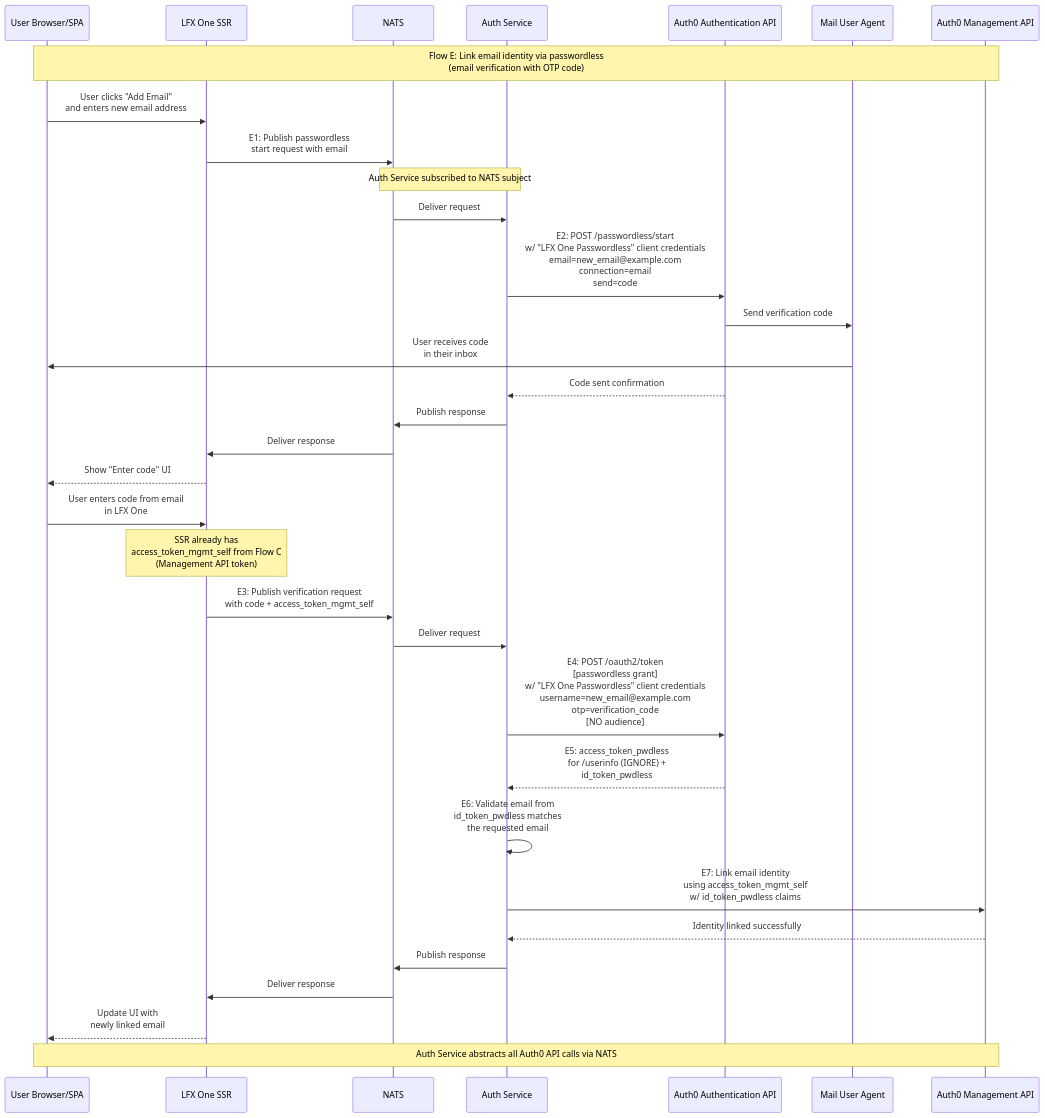
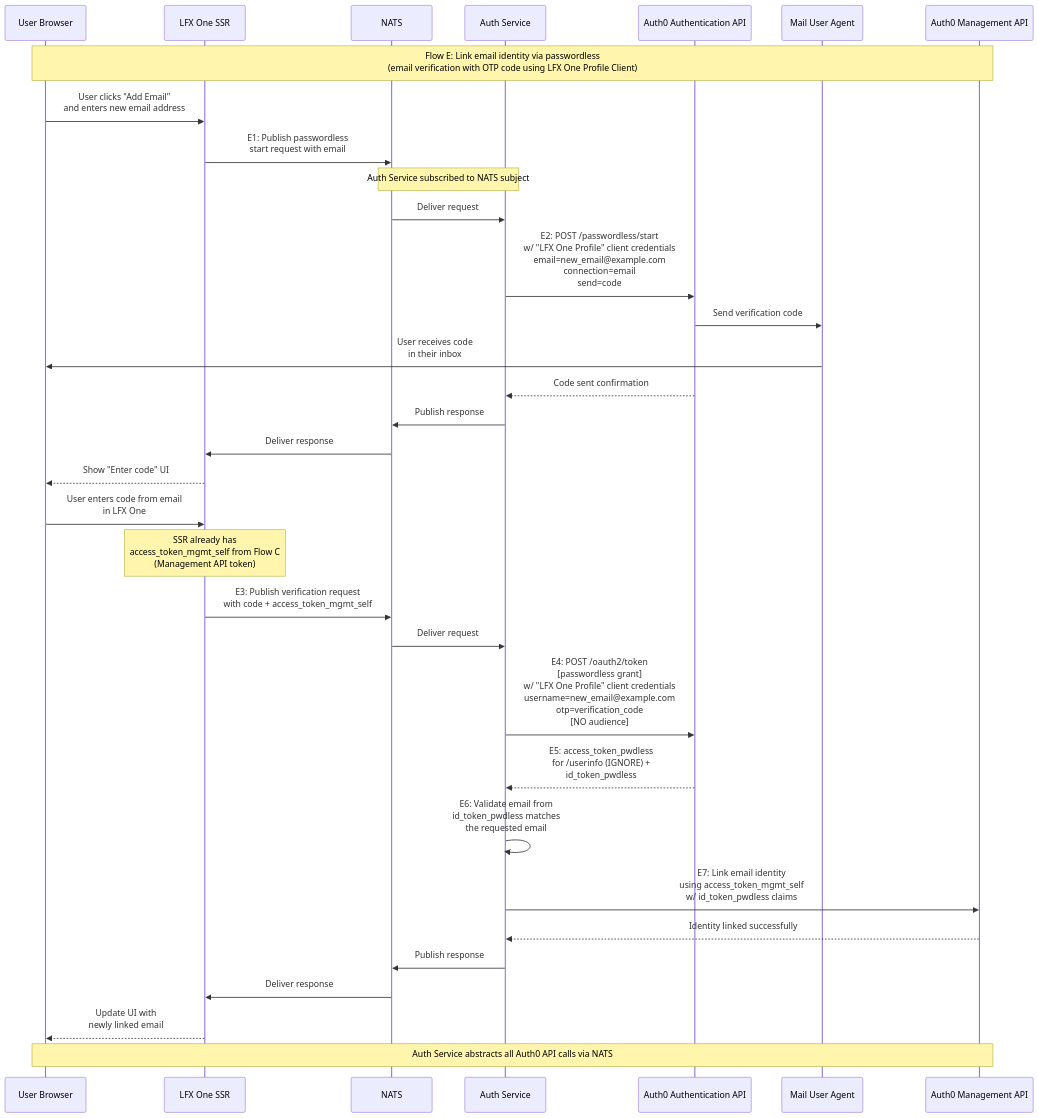
Before and after one commit to linuxfoundation/lfx-v2-auth-service: the diagram in docs/auth-flows/E-passwordless-email-linking.md, drawn with Mermaid. The commit also changed other lines of this file and 5 other files, not shown here.

First line of the commit message:
docs: add Flow C and Flow D documentation for self-service profile updates and social identity linking; remove outdated SPA flow documentation; update README with architecture changes

````diff
--- a/docs/auth-flows/E-passwordless-email-linking.md
+++ b/docs/auth-flows/E-passwordless-email-linking.md
@@ -8,52 +8,52 @@
 ```mermaid
 sequenceDiagram
-    participant Browser as User Browser/SPA
+    participant Browser as User Browser
     participant SSR as LFX One SSR
     participant NATS as NATS
     participant AuthSvc as Auth Service
     participant Auth0 as Auth0 Authentication API
     participant MUA as Mail User Agent
     participant Auth0Mgmt as Auth0 Management API
 
-    Note over Browser,Auth0Mgmt: Flow E: Link email identity via passwordless<br/>(email verification with OTP code)
+    Note over Browser,Auth0Mgmt: Flow E: Link email identity via passwordless<br/>(email verification with OTP code using LFX One Profile Client)
     
     Browser->>SSR: User clicks "Add Email"<br/>and enters new email address
     
     SSR->>NATS: E1: Publish passwordless<br/>start request with email
     Note over NATS,AuthSvc: Auth Service subscribed to NATS subject
     NATS->>AuthSvc: Deliver request
     
-    AuthSvc->>Auth0: E2: POST /passwordless/start<br/>w/ "LFX One Passwordless" client credentials<br/>email=new_email@example.com<br/>connection=email<br/>send=code
+    AuthSvc->>Auth0: E2: POST /passwordless/start<br/>w/ "LFX One Profile" client credentials<br/>email=new_email@example.com<br/>connection=email<br/>send=code
     
     Auth0->>MUA: Send verification code
     
     MUA->>Browser: User receives code<br/>in their inbox
     
     Auth0-->>AuthSvc: Code sent confirmation
     AuthSvc->>NATS: Publish response
     NATS->>SSR: Deliver response
     SSR-->>Browser: Show "Enter code" UI
     
     Browser->>SSR: User enters code from email<br/>in LFX One
     
     Note over SSR: SSR already has<br/>access_token_mgmt_self from Flow C<br/>(Management API token)
 
     SSR->>NATS: E3: Publish verification request<br/>with code + access_token_mgmt_self
     NATS->>AuthSvc: Deliver request
 
-    AuthSvc->>Auth0: E4: POST /oauth2/token<br/>[passwordless grant]<br/>w/ "LFX One Passwordless" client credentials<br/>username=new_email@example.com<br/>otp=verification_code<br/>[NO audience]
+    AuthSvc->>Auth0: E4: POST /oauth2/token<br/>[passwordless grant]<br/>w/ "LFX One Profile" client credentials<br/>username=new_email@example.com<br/>otp=verification_code<br/>[NO audience]
 
     Auth0-->>AuthSvc: E5: access_token_pwdless<br/>for /userinfo (IGNORE) +<br/>id_token_pwdless
 
     AuthSvc->>AuthSvc: E6: Validate email from<br/>id_token_pwdless matches<br/>the requested email
 
     AuthSvc->>Auth0Mgmt: E7: Link email identity<br/>using access_token_mgmt_self<br/>w/ id_token_pwdless claims
     
     Auth0Mgmt-->>AuthSvc: Identity linked successfully
     AuthSvc->>NATS: Publish response
     NATS->>SSR: Deliver response
     
     SSR-->>Browser: Update UI with<br/>newly linked email
     
     Note over Browser,Auth0Mgmt: Auth Service abstracts all Auth0 API calls via NATS
 ```
````
